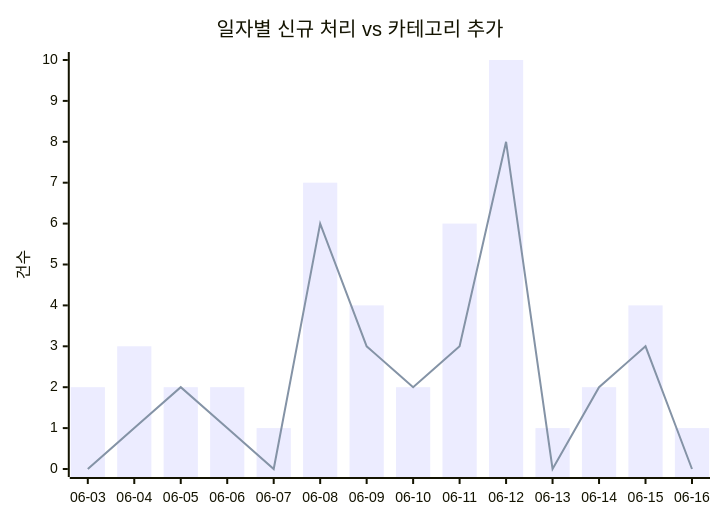
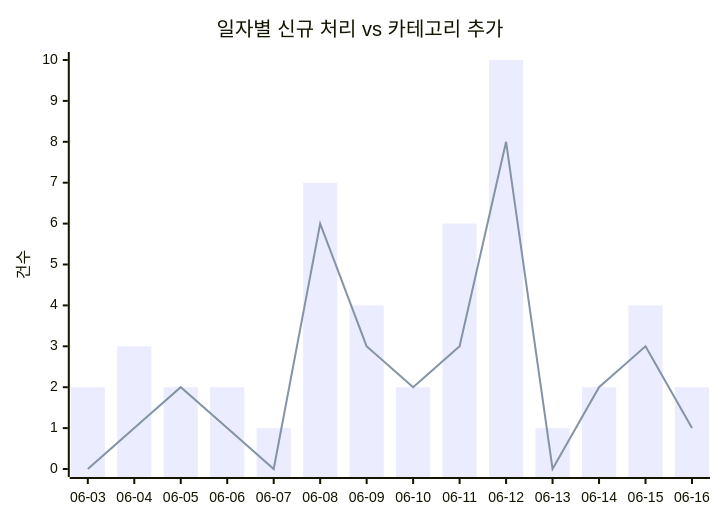
The first of 2 diagrams in docs/trends.md (J-nowcow/awesome-korean-agent-skills), drawn with Mermaid before and after one commit. The commit also changed other lines of this file and 4 other files, not shown here.

````diff
--- a/docs/trends.md
+++ b/docs/trends.md
@@ -32,8 +32,8 @@
 ```mermaid
 xychart-beta
     title "일자별 신규 처리 vs 카테고리 추가"
     x-axis ["06-03","06-04","06-05","06-06","06-07","06-08","06-09","06-10","06-11","06-12","06-13","06-14","06-15","06-16"]
     y-axis "건수"
-    bar [2,3,2,2,1,7,4,2,6,10,1,2,4,1]
-    line [0,1,2,1,0,6,3,2,3,8,0,2,3,0]
+    bar [2,3,2,2,1,7,4,2,6,10,1,2,4,2]
+    line [0,1,2,1,0,6,3,2,3,8,0,2,3,1]
 ```
````
